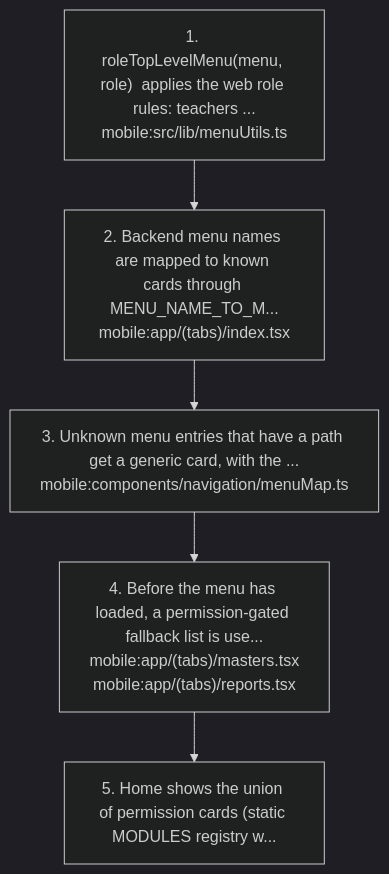
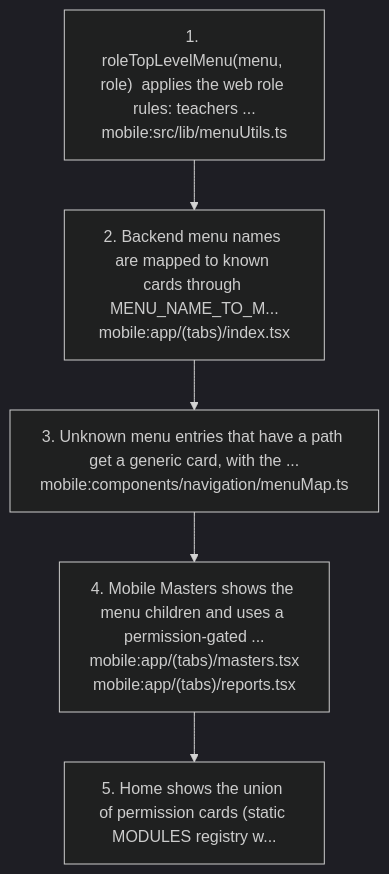
The fifth of 6 diagrams in docs/graph/views/reports-dashboards.md (nerellasraj21/cos360_full_app), drawn with Mermaid (dark theme) before and after one commit. The commit also changed other lines of this file and 44 other files, not shown here.

First line of the commit message:
Re-verify project docs and knowledge graph against current code

````diff
--- a/docs/graph/views/reports-dashboards.md
+++ b/docs/graph/views/reports-dashboards.md
@@ -267,12 +268,12 @@
 ```mermaid
 flowchart TD
   s1["1. roleTopLevelMenu(menu, role)  applies the web role rules: teachers ...<br/>mobile:src/lib/menuUtils.ts"]
   s2["2. Backend menu names are mapped to known cards through MENU_NAME_TO_M...<br/>mobile:app/(tabs)/index.tsx"]
   s1 --> s2
   s3["3. Unknown menu entries that have a path get a generic card, with the ...<br/>mobile:components/navigation/menuMap.ts"]
   s2 --> s3
-  s4["4. Before the menu has loaded, a permission-gated fallback list is use...<br/>mobile:app/(tabs)/masters.tsx<br/>mobile:app/(tabs)/reports.tsx"]
+  s4["4. Mobile Masters shows the menu children and uses a permission-gated ...<br/>mobile:app/(tabs)/masters.tsx<br/>mobile:app/(tabs)/reports.tsx"]
   s3 --> s4
   s5["5. Home shows the union of permission cards (static MODULES registry w..."]
   s4 --> s5
 ```
````
